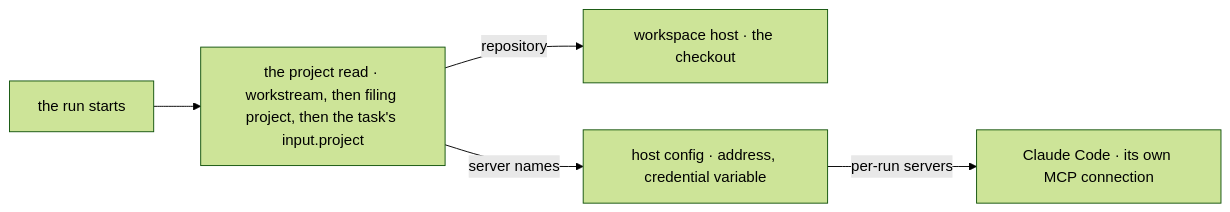
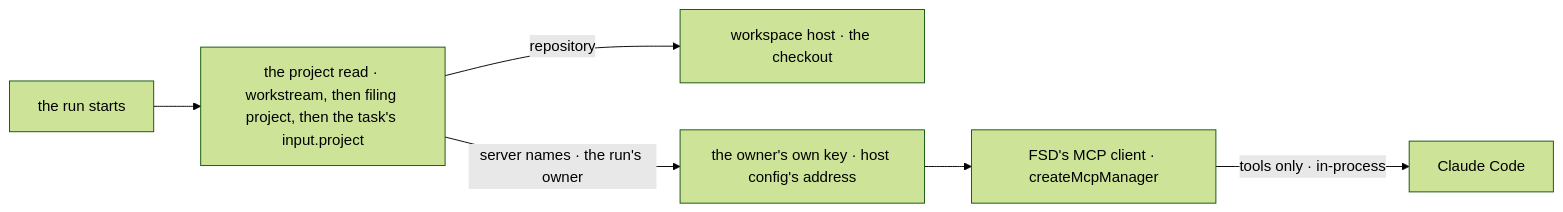
Before and after one commit to fixpoint-labs/flow-state-dev: the second of 2 diagrams in specs/issues/FIX-1905/SPEC.md, drawn with Mermaid (forest theme). The commit also changed other lines of this file and 10 other files, not shown here.

First line of the commit message:
spec(FIX-1905): FSD holds the MCP connection; per-user keys on a Settings page

````diff
--- a/specs/issues/FIX-1905/SPEC.md
+++ b/specs/issues/FIX-1905/SPEC.md
@@ -80,7 +80,8 @@
 ```mermaid
 flowchart LR
   S["the run starts"] --> L["the project read · workstream, then filing project, then the task's input.project"]
   L -->|"repository"| W["workspace host · the checkout"]
-  L -->|"server names"| H["host config · address, credential variable"]
-  H -->|"per-run servers"| C["Claude Code · its own MCP connection"]
+  L -->|"server names · the run's owner"| K["the owner's own key · host config's address"]
+  K --> M["FSD's MCP client · createMcpManager"]
+  M -->|"tools only · in-process"| C["Claude Code"]
 ```
````
